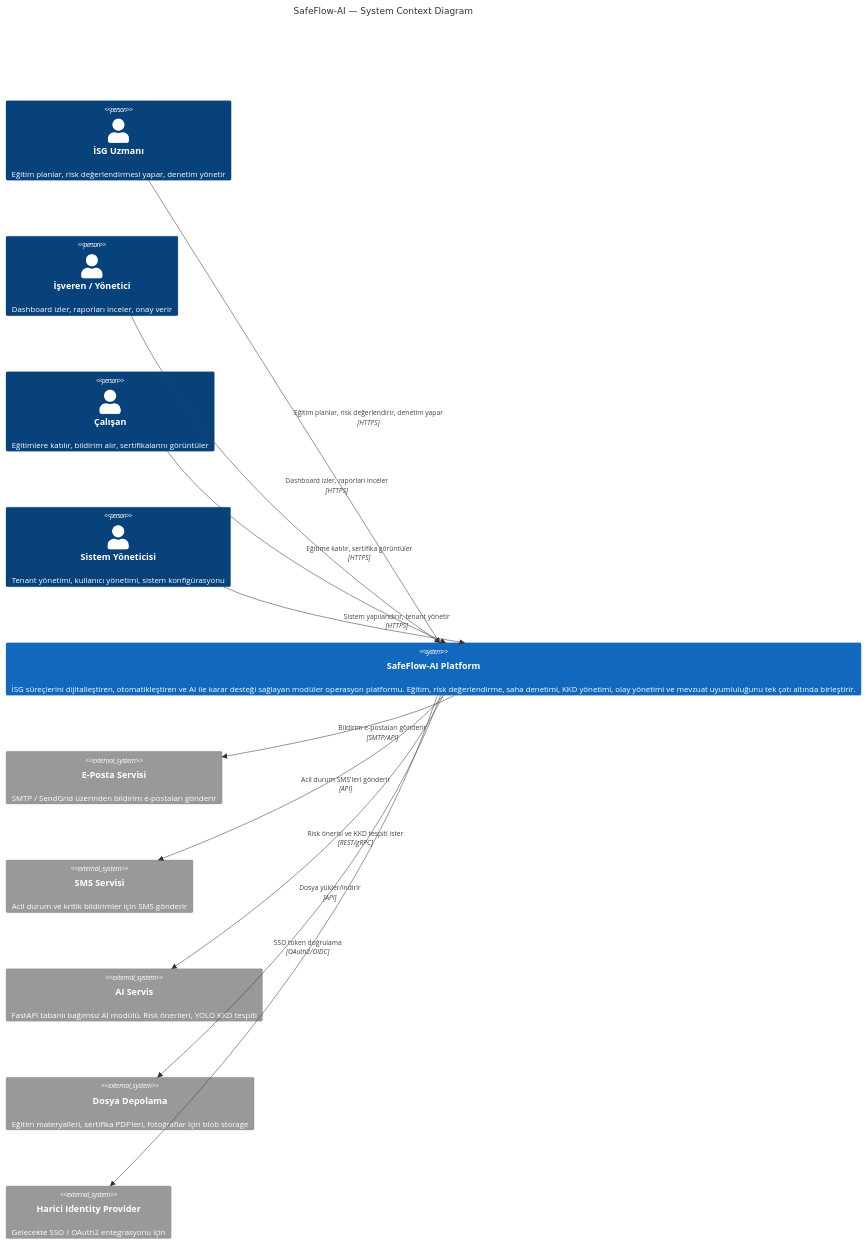
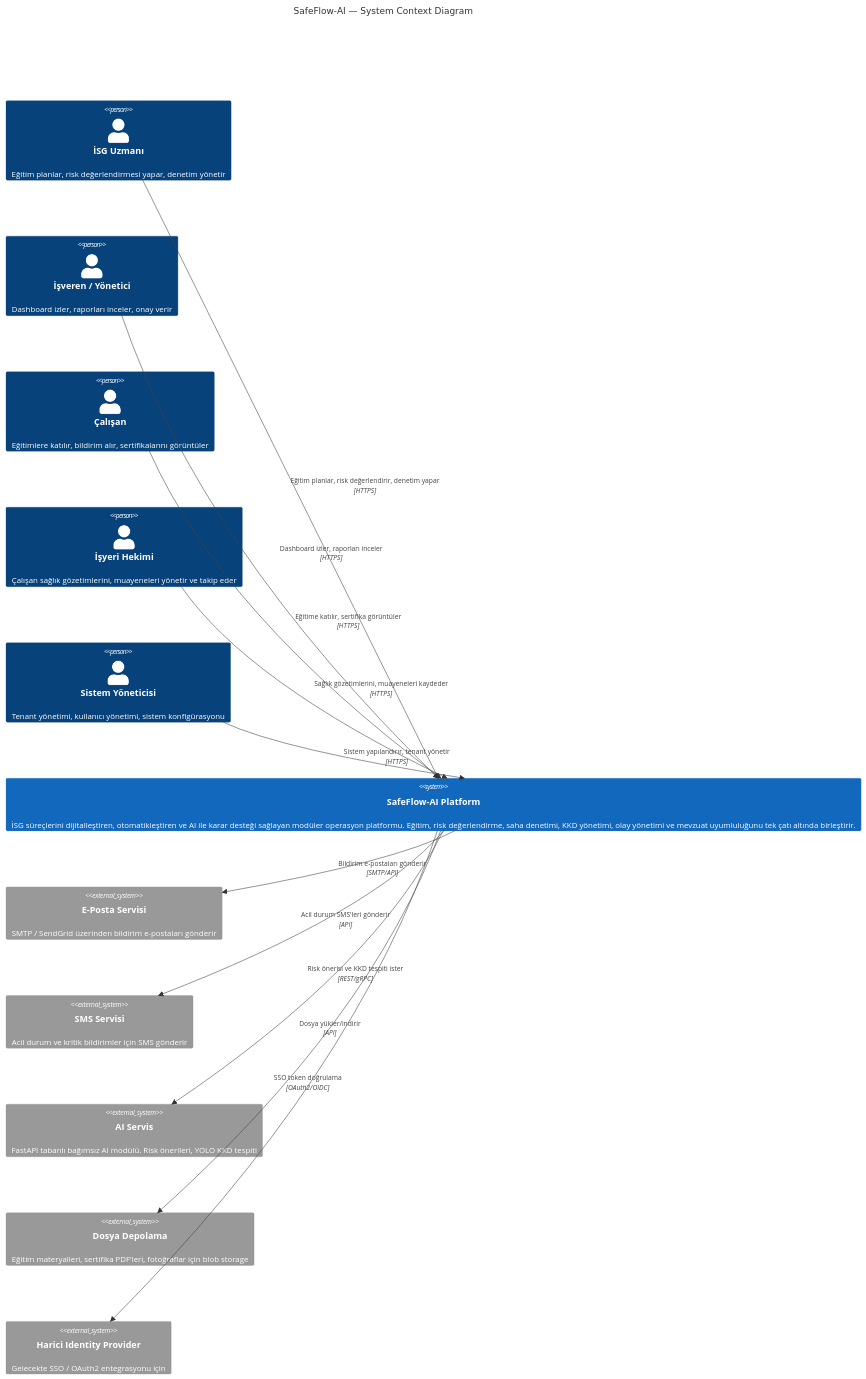
One commit to fatma-oncu/SafeFlow-AI changed the first of 8 diagrams in docs/c4-architecture.md. Above: the diagram before and after it, drawn with Mermaid. The commit also changed other lines of this file and 40 other files, not shown here.

````diff
--- a/docs/c4-architecture.md
+++ b/docs/c4-architecture.md
@@ -19,28 +19,30 @@
 ```mermaid
 C4Context
     title SafeFlow-AI — System Context Diagram
 
     Person(isg_uzmani, "İSG Uzmanı", "Eğitim planlar, risk değerlendirmesi yapar, denetim yönetir")
     Person(isveren, "İşveren / Yönetici", "Dashboard izler, raporları inceler, onay verir")
     Person(calisan, "Çalışan", "Eğitimlere katılır, bildirim alır, sertifikalarını görüntüler")
+    Person(isyeri_hekimi, "İşyeri Hekimi", "Çalışan sağlık gözetimlerini, muayeneleri yönetir ve takip eder")
     Person(sistem_admin, "Sistem Yöneticisi", "Tenant yönetimi, kullanıcı yönetimi, sistem konfigürasyonu")
 
     System(safeflow, "SafeFlow-AI Platform", "İSG süreçlerini dijitalleştiren, otomatikleştiren ve AI ile karar desteği sağlayan modüler operasyon platformu. Eğitim, risk değerlendirme, saha denetimi, KKD yönetimi, olay yönetimi ve mevzuat uyumluluğunu tek çatı altında birleştirir.")
 
     System_Ext(email_service, "E-Posta Servisi", "SMTP / SendGrid üzerinden bildirim e-postaları gönderir")
     System_Ext(sms_service, "SMS Servisi", "Acil durum ve kritik bildirimler için SMS gönderir")
     System_Ext(ai_service, "AI Servis", "FastAPI tabanlı bağımsız AI modülü. Risk önerileri, YOLO KKD tespiti")
     System_Ext(file_storage, "Dosya Depolama", "Eğitim materyalleri, sertifika PDF'leri, fotoğraflar için blob storage")
     System_Ext(identity_provider, "Harici Identity Provider", "Gelecekte SSO / OAuth2 entegrasyonu için")
 
     Rel(isg_uzmani, safeflow, "Eğitim planlar, risk değerlendirir, denetim yapar", "HTTPS")
     Rel(isveren, safeflow, "Dashboard izler, raporları inceler", "HTTPS")
     Rel(calisan, safeflow, "Eğitime katılır, sertifika görüntüler", "HTTPS")
+    Rel(isyeri_hekimi, safeflow, "Sağlık gözetimlerini, muayeneleri kaydeder", "HTTPS")
     Rel(sistem_admin, safeflow, "Sistem yapılandırır, tenant yönetir", "HTTPS")
 
     Rel(safeflow, email_service, "Bildirim e-postaları gönderir", "SMTP/API")
     Rel(safeflow, sms_service, "Acil durum SMS'leri gönderir", "API")
     Rel(safeflow, ai_service, "Risk önerisi ve KKD tespiti ister", "REST/gRPC")
     Rel(safeflow, file_storage, "Dosya yükler/indirir", "API")
     Rel(safeflow, identity_provider, "SSO token doğrulama", "OAuth2/OIDC")
 ```
````
